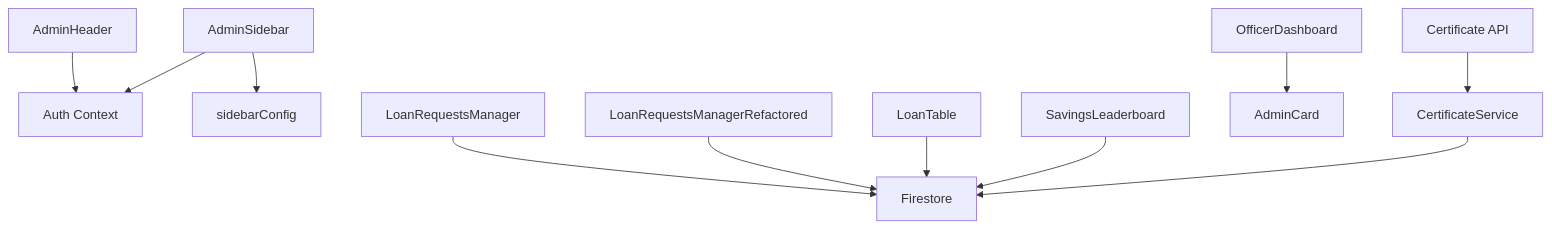
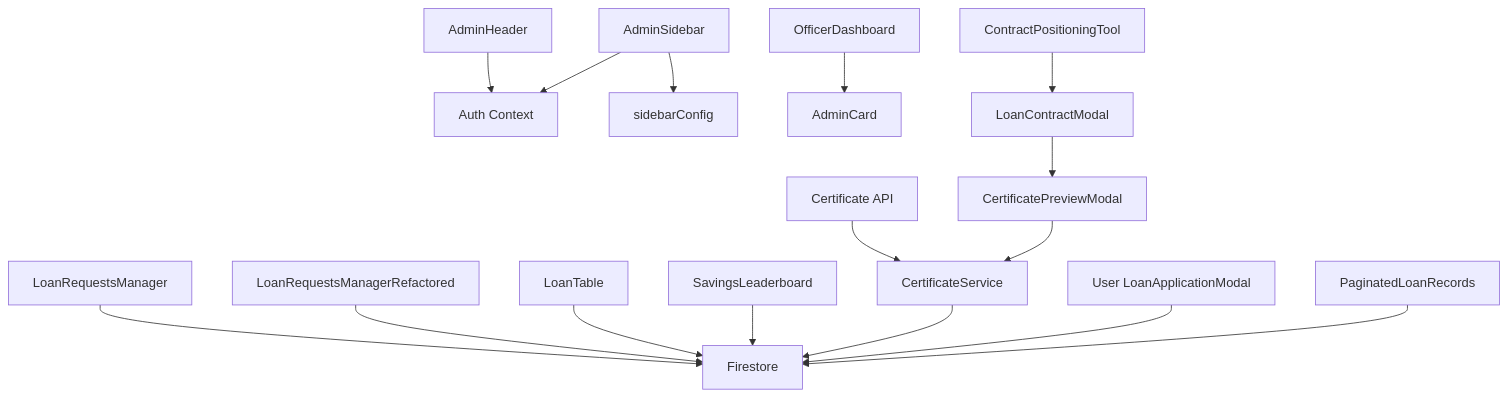
Before and after one commit to Unsure-bry/sampacoop_system: the sixth of 6 diagrams in .qoder/repowiki/en/content/UI Components & Design System/Administrative Components.md, drawn with Mermaid. The commit also changed other lines of this file and 9 other files, not shown here.

````diff
--- a/.qoder/repowiki/en/content/UI Components & Design System/Administrative Components.md
+++ b/.qoder/repowiki/en/content/UI Components & Design System/Administrative Components.md
@@ -513,13 +647,18 @@
 ```mermaid
 graph TB
 AH["AdminHeader"] --> AUTH["Auth Context"]
 AS["AdminSidebar"] --> CFG["sidebarConfig"]
 AS --> AUTH
 LRM["LoanRequestsManager"] --> FS["Firestore"]
 LRMR["LoanRequestsManagerRefactored"] --> FS
 LT["LoanTable"] --> FS
 SLB["SavingsLeaderboard"] --> FS
 OD["OfficerDashboard"] --> AC["AdminCard"]
 CS["CertificateService"] --> FS
 API["Certificate API"] --> CS
+CPM["CertificatePreviewModal"] --> CS
+LCM["LoanContractModal"] --> CPM
+CPT["ContractPositioningTool"] --> LCM
+ULM["User LoanApplicationModal"] --> FS
+PLR["PaginatedLoanRecords"] --> FS
 ```
````
